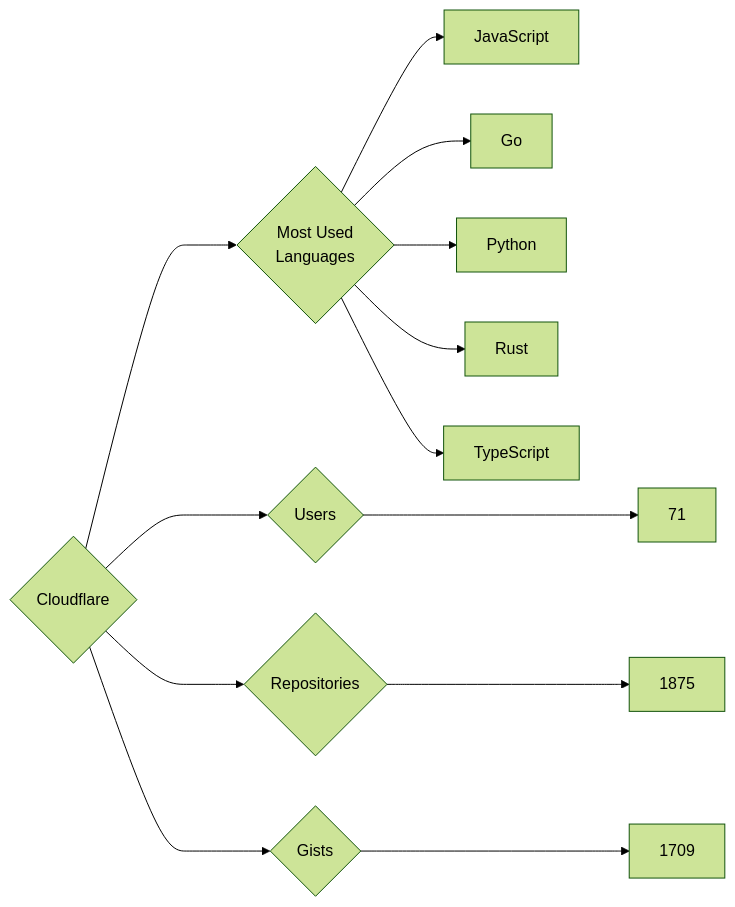
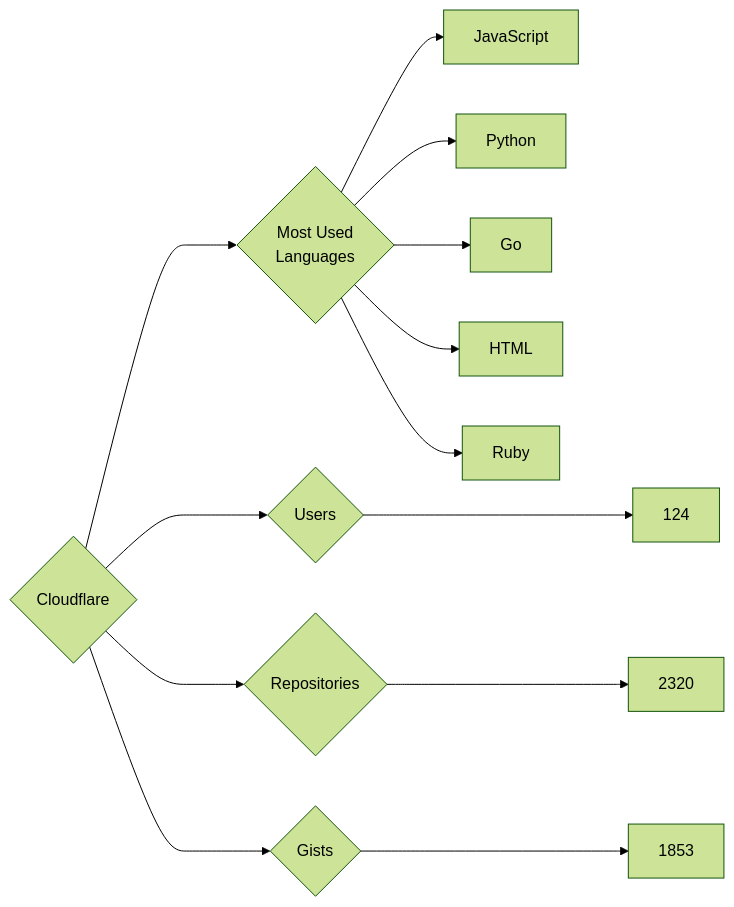
Before and after one commit to trickest/insiders: the diagram in targets/Cloudflare/README.md, drawn with Mermaid (forest theme). The commit also changed 786 other files, not shown here.

````diff
--- a/targets/Cloudflare/README.md
+++ b/targets/Cloudflare/README.md
@@ -3,13 +3,13 @@
 ```mermaid
 graph LR
 COMPANY_NAME{Cloudflare}
-COMPANY_NAME ---> U{Users} ---> UN[71]
-COMPANY_NAME ---> R{Repositories} ---> RN[1875]
-COMPANY_NAME ---> G{Gists} ---> GN[1709]
+COMPANY_NAME ---> U{Users} ---> UN[124]
+COMPANY_NAME ---> R{Repositories} ---> RN[2320]
+COMPANY_NAME ---> G{Gists} ---> GN[1853]
 COMPANY_NAME ---> ML{Most Used<br>Languages}
 ML --> JavaScript[JavaScript]
+ML --> Python[Python]
 ML --> Go[Go]
-ML --> Python[Python]
-ML --> Rust[Rust]
-ML --> TypeScript[TypeScript]
+ML --> HTML[HTML]
+ML --> Ruby[Ruby]
 ```
````
